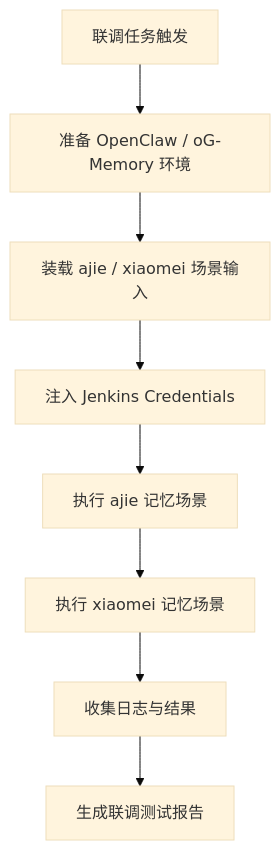
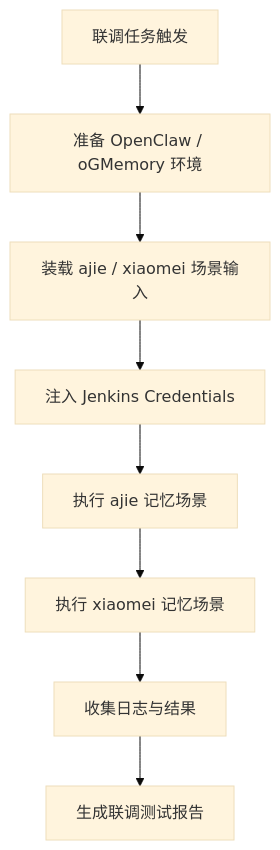
The third of 5 diagrams in docs/test_strategy_jenkins.md (LinQiang391/oGMemory), drawn with Mermaid (base theme) before and after one commit. The commit also changed other lines of this file and 29 other files, not shown here.

Commit message:
replace oG-Memory to oGMemory

````diff
--- a/docs/test_strategy_jenkins.md
+++ b/docs/test_strategy_jenkins.md
@@ -289,10 +289,10 @@
 ```mermaid
 flowchart TD
-    A[联调任务触发] --> B[准备 OpenClaw / oG-Memory 环境]
+    A[联调任务触发] --> B[准备 OpenClaw / oGMemory 环境]
     B --> C[装载 ajie / xiaomei 场景输入]
     C --> D[注入 Jenkins Credentials]
     D --> E[执行 ajie 记忆场景]
     E --> F[执行 xiaomei 记忆场景]
     F --> G[收集日志与结果]
     G --> H[生成联调测试报告]
 ```
````
